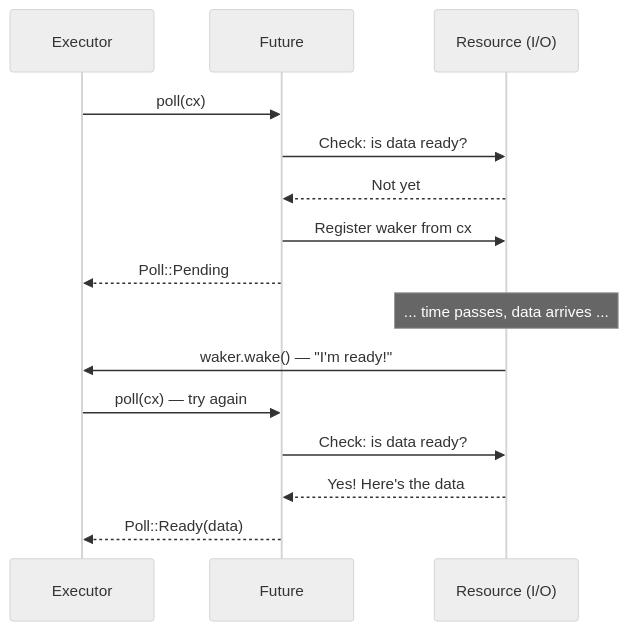
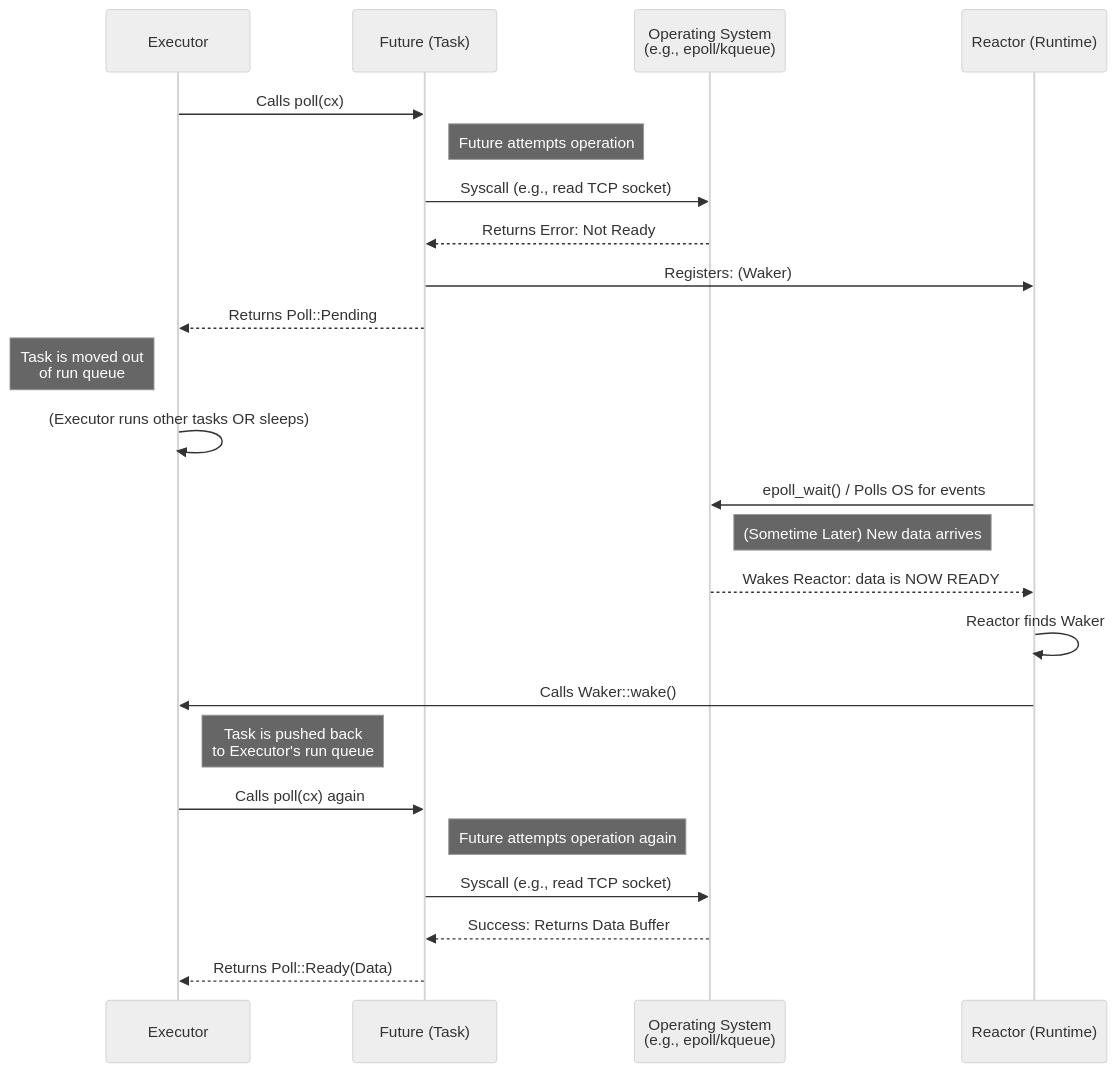
The diagram in content/async-book/ch02-the-future-trait.md (ruhankhandakar/rust-learning-microsoft), drawn with Mermaid (neutral theme) before and after one commit. The commit also changed other lines of this file and 13 other files, not shown here.

````diff
--- a/content/async-book/ch02-the-future-trait.md
+++ b/content/async-book/ch02-the-future-trait.md
@@ -30,20 +30,32 @@
 ```mermaid
 sequenceDiagram
     participant E as Executor
-    participant F as Future
-    participant R as Resource (I/O)
+    participant F as Future (Task)
+    participant OS as Operating System<br/>(e.g., epoll/kqueue)
+    participant R as Reactor (Runtime)
 
-    E->>F: poll(cx)
-    F->>R: Check: is data ready?
-    R-->>F: Not yet
-    F->>R: Register waker from cx
-    F-->>E: Poll::Pending
+    E->>F: Calls poll(cx)
+    Note right of F: Future attempts operation
+    F->>OS: Syscall (e.g., read TCP socket)
+    OS-->>F: Returns Error: Not Ready
+    
+    F->>R: Registers: (Waker)
+    F-->>E: Returns Poll::Pending
+    Note left of E: Task is moved out<br/>of run queue
 
-    Note over R: ... time passes, data arrives ...
+    E->>E: (Executor runs other tasks OR sleeps)
+    R->>OS: epoll_wait() / Polls OS for events
 
-    R->>E: waker.wake() — "I'm ready!"
-    E->>F: poll(cx) — try again
-    F->>R: Check: is data ready?
-    R-->>F: Yes! Here's the data
-    F-->>E: Poll::Ready(data)
+    Note right of OS: (Sometime Later) New data arrives
+    OS-->>R: Wakes Reactor: data is NOW READY
+    
+    R->>R: Reactor finds Waker
+    R->>E: Calls Waker::wake()
+    Note right of E: Task is pushed back<br/>to Executor's run queue
+
+    E->>F: Calls poll(cx) again
+    Note right of F: Future attempts operation again
+    F->>OS: Syscall (e.g., read TCP socket)
+    OS-->>F: Success: Returns Data Buffer
+    F-->>E: Returns Poll::Ready(Data)
 ```
````
